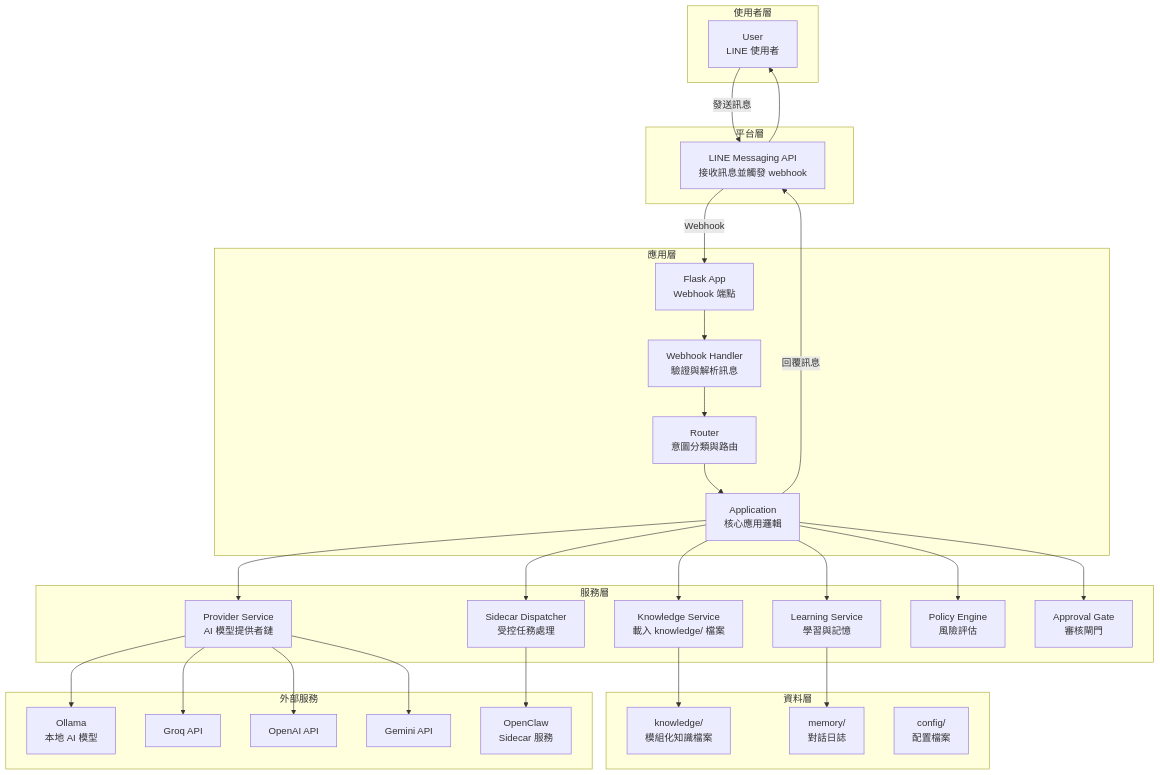
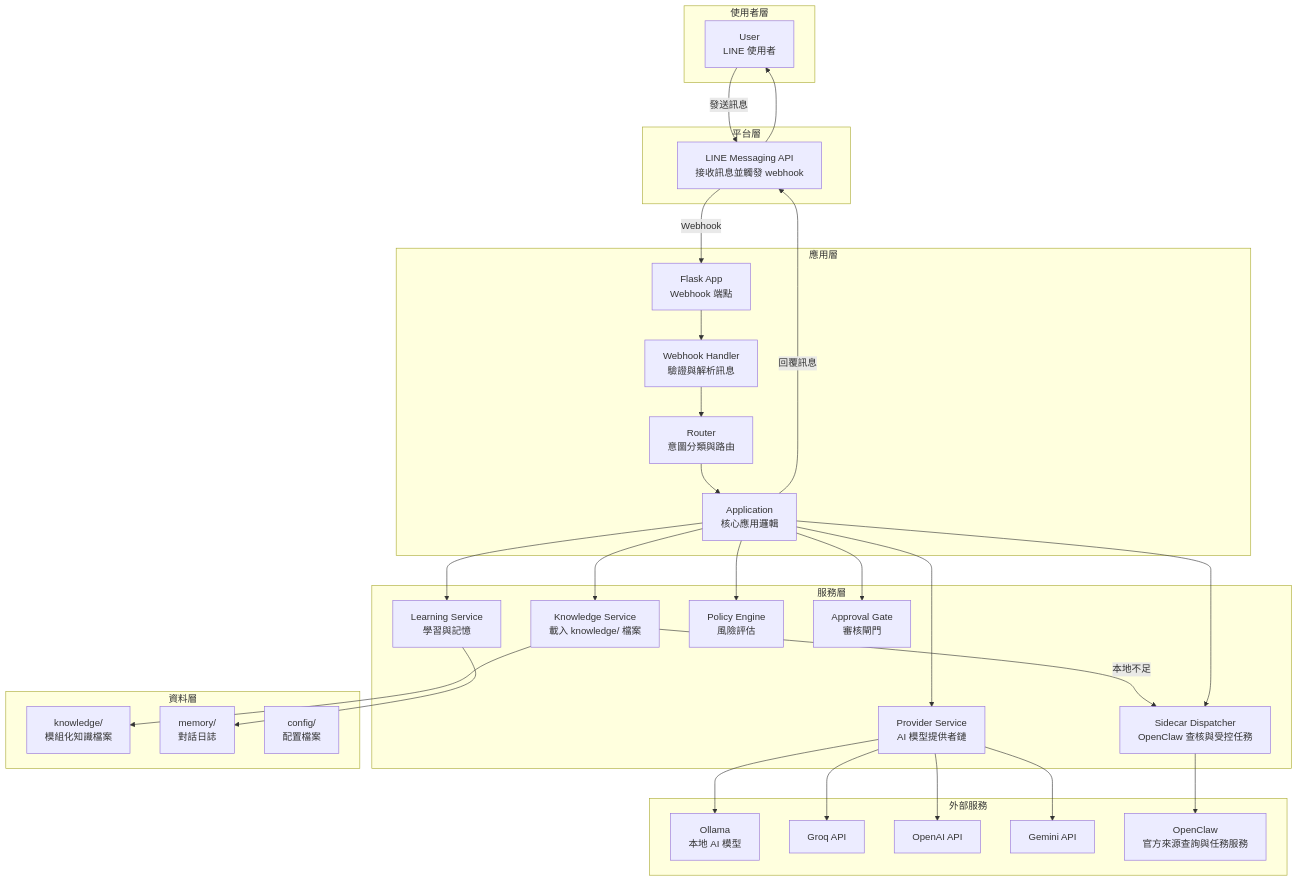
Before and after one commit to JustinChangTW/xlx-bot: the diagram in architecture.md, drawn with Mermaid. The commit also changed other lines of this file and 31 other files, not shown here.

First line of the commit message:
feat: integrate OpenClaw for official source fact-checking to reduce hallucination

````diff
--- a/architecture.md
+++ b/architecture.md
@@ -7,70 +7,71 @@
 ```mermaid
 flowchart TD
     %% ========== 使用者層 ==========
     subgraph U[使用者層]
         User[User<br/>LINE 使用者]
     end
 
     %% ========== 平台層 ==========
     subgraph P[平台層]
         LINE[LINE Messaging API<br/>接收訊息並觸發 webhook]
     end
 
     %% ========== 應用層 ==========
     subgraph A[應用層]
         Flask[Flask App<br/>Webhook 端點]
         WebhookHandler[Webhook Handler<br/>驗證與解析訊息]
         Router[Router<br/>意圖分類與路由]
         Application[Application<br/>核心應用邏輯]
     end
 
     %% ========== 服務層 ==========
     subgraph S[服務層]
         Knowledge[Knowledge Service<br/>載入 knowledge/ 檔案]
         Providers[Provider Service<br/>AI 模型提供者鏈]
-        Sidecar[Sidecar Dispatcher<br/>受控任務處理]
+        Sidecar[Sidecar Dispatcher<br/>OpenClaw 查核與受控任務]
         Learning[Learning Service<br/>學習與記憶]
         Policy[Policy Engine<br/>風險評估]
         Approval[Approval Gate<br/>審核閘門]
     end
 
     %% ========== 資料層 ==========
     subgraph D[資料層]
         KnowledgeFiles[knowledge/<br/>模組化知識檔案]
         Memory[memory/<br/>對話日誌]
         Config[config/<br/>配置檔案]
     end
 
     %% ========== 外部服務 ==========
     subgraph E[外部服務]
         Ollama[Ollama<br/>本地 AI 模型]
         Groq[Groq API]
         OpenAI[OpenAI API]
         Gemini[Gemini API]
-        OpenClaw[OpenClaw<br/>Sidecar 服務]
+        OpenClaw[OpenClaw<br/>官方來源查詢與任務服務]
     end
 
     %% ========== 主流程 ==========
     User -->|發送訊息| LINE
     LINE -->|Webhook| Flask
     Flask --> WebhookHandler
     WebhookHandler --> Router
     Router --> Application
     Application --> Knowledge
+    Knowledge -->|本地不足| Sidecar
     Application --> Providers
     Application --> Sidecar
     Application --> Learning
     Application --> Policy
     Application --> Approval
 
     Knowledge --> KnowledgeFiles
     Learning --> Memory
     Providers --> Ollama
     Providers --> Groq
     Providers --> OpenAI
     Providers --> Gemini
     Sidecar --> OpenClaw
 
     Application -->|回覆訊息| LINE
     LINE --> User
 ```
````
